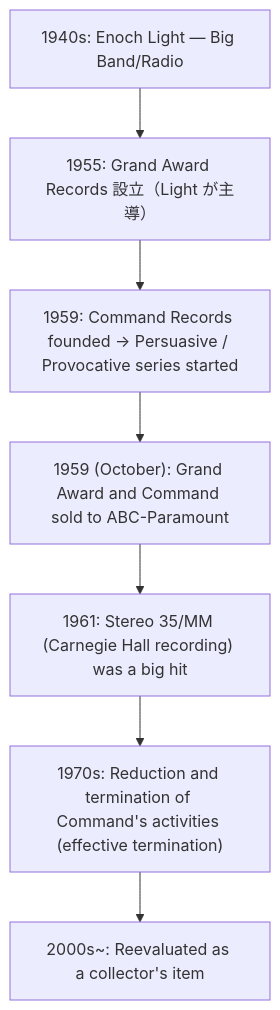
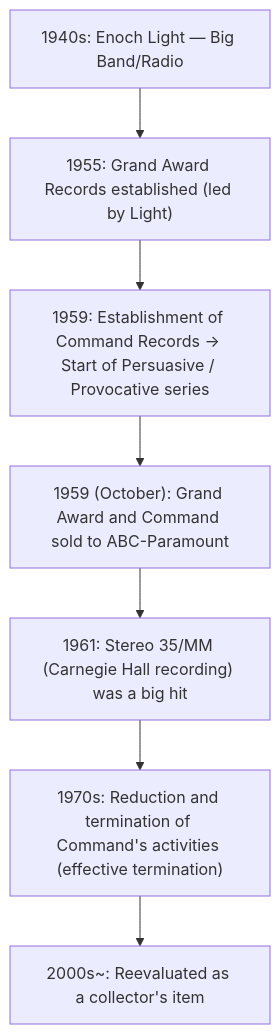
One commit to monumental-movement/monumental-movement.github.io changed the first of 2 diagrams in en/_posts/2025-10-04-Column-Enoch-Light-Command.md. Above: the diagram before and after it, drawn with Mermaid. The commit also changed other lines of this file and 851 other files, not shown here.

```diff
--- a/en/_posts/2025-10-04-Column-Enoch-Light-Command.md
+++ b/en/_posts/2025-10-04-Column-Enoch-Light-Command.md
@@ -63,13 +63,13 @@
 <div class="mermaid">
 
 flowchart TD
     A["1940s: Enoch Light — Big Band/Radio"]
-    B["1955: Grand Award Records 設立（Light が主導）"]
-    C["1959: Command Records founded → Persuasive / Provocative series started"]
+    B["1955: Grand Award Records established (led by Light)"]
+    C["1959: Establishment of Command Records → Start of Persuasive / Provocative series"]
     D["1959 (October): Grand Award and Command sold to ABC-Paramount"]
     E["1961: Stereo 35/MM (Carnegie Hall recording) was a big hit"]
     F["1970s: Reduction and termination of Command's activities (effective termination)"]
     G["2000s~: Reevaluated as a collector's item"]
 
     A --> B --> C --> D --> E --> F --> G
 </div>
```
